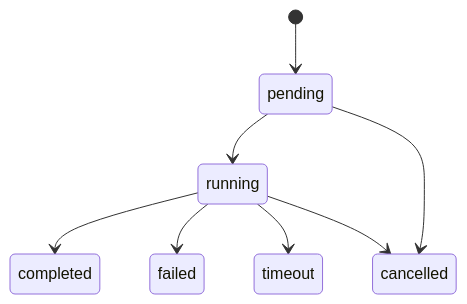
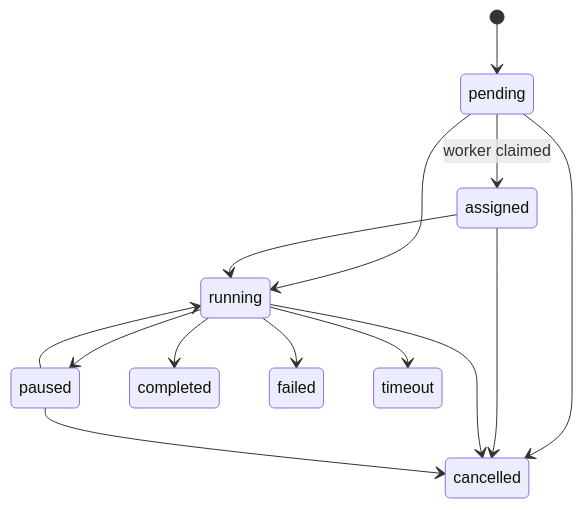
One commit to weightwave/taskcast changed the second of 2 diagrams in README.md. Above: the diagram before and after it, drawn with Mermaid. The commit also changed other lines of this file and 48 other files, not shown here.

````diff
--- a/README.md
+++ b/README.md
@@ -306,10 +315,16 @@
 ```mermaid
 stateDiagram-v2
     [*] --> pending
+    pending --> assigned : worker claimed
     pending --> running
     pending --> cancelled
+    assigned --> running
+    assigned --> cancelled
+    running --> paused
     running --> completed
     running --> failed
     running --> timeout
     running --> cancelled
+    paused --> running
+    paused --> cancelled
 ```
````
